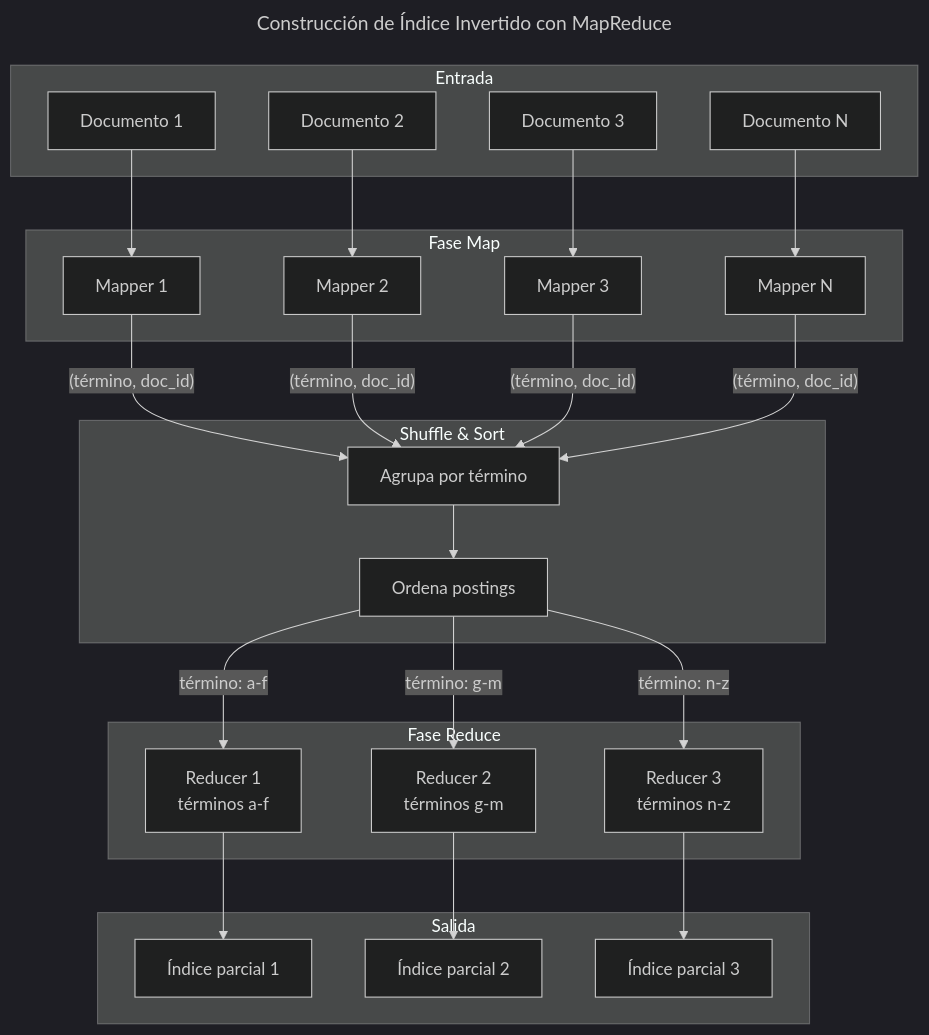
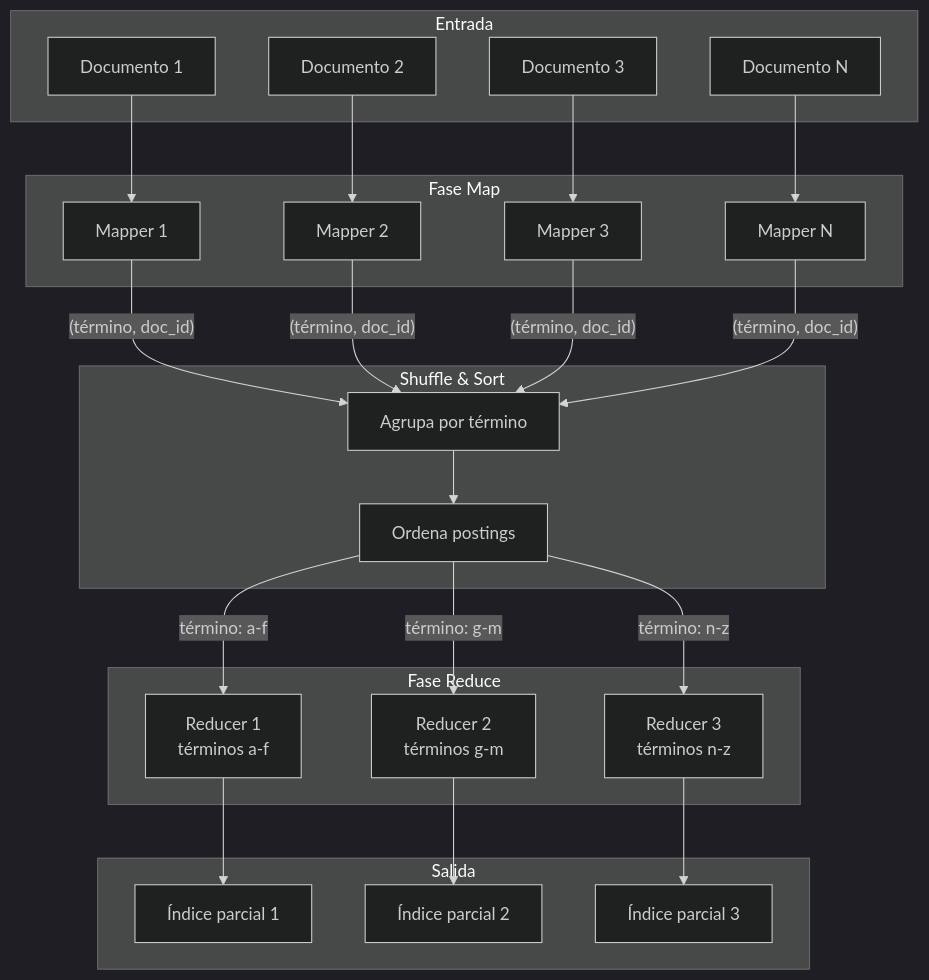
Before and after one commit to untref-edd/apuntes: the second of 2 diagrams in contenidos/3-recuperacion-de-la-informacion/3-9-indices-invertidos.md, drawn with Mermaid (dark theme). The commit also changed other lines of this file and 33 other files, not shown here.

````diff
--- a/contenidos/3-recuperacion-de-la-informacion/3-9-indices-invertidos.md
+++ b/contenidos/3-recuperacion-de-la-informacion/3-9-indices-invertidos.md
@@ -787,57 +786,56 @@
 ```{mermaid}
 ---
 name: mapreduce-indexing
-title: Construcción de Índice Invertido con MapReduce
 ---
 flowchart TB
     subgraph Input[Entrada]
         D1[Documento 1]
         D2[Documento 2]
         D3[Documento 3]
         D4[Documento N]
     end
 
     subgraph Map[Fase Map]
         M1[Mapper 1]
         M2[Mapper 2]
         M3[Mapper 3]
         M4[Mapper N]
     end
 
     subgraph Shuffle[Shuffle & Sort]
         S1[Agrupa por término]
         S2[Ordena postings]
     end
 
     subgraph Reduce[Fase Reduce]
         R1[Reducer 1<br/>términos a-f]
         R2[Reducer 2<br/>términos g-m]
         R3[Reducer 3<br/>términos n-z]
     end
 
     subgraph Output[Salida]
         I1[Índice parcial 1]
         I2[Índice parcial 2]
         I3[Índice parcial 3]
     end
 
     D1 --> M1
     D2 --> M2
     D3 --> M3
     D4 --> M4
 
     M1 -->|"(término, doc_id)"| S1
     M2 -->|"(término, doc_id)"| S1
     M3 -->|"(término, doc_id)"| S1
     M4 -->|"(término, doc_id)"| S1
 
     S1 --> S2
 
     S2 -->|término: a-f| R1
     S2 -->|término: g-m| R2
     S2 -->|término: n-z| R3
 
     R1 --> I1
     R2 --> I2
     R3 --> I3
 ```
````
